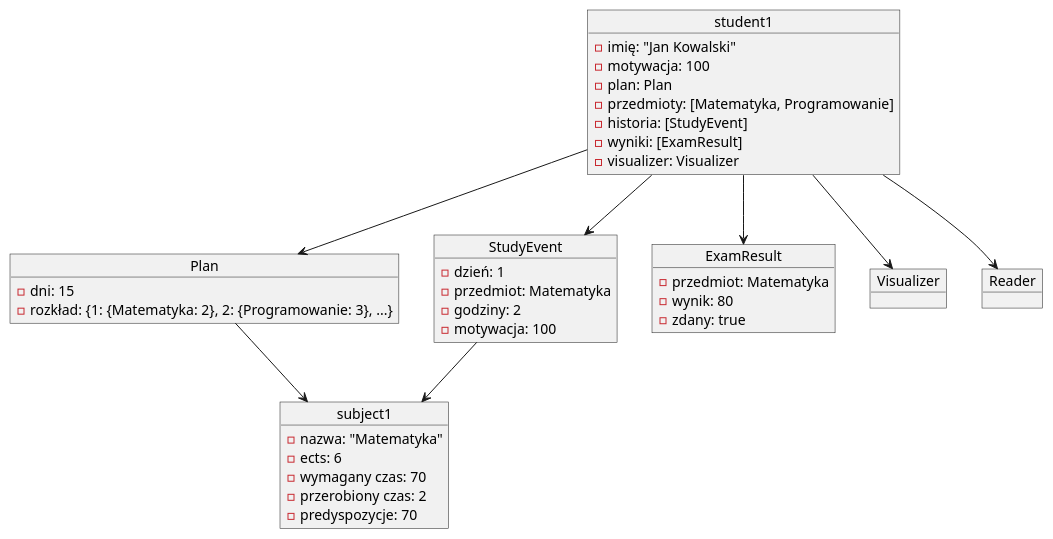
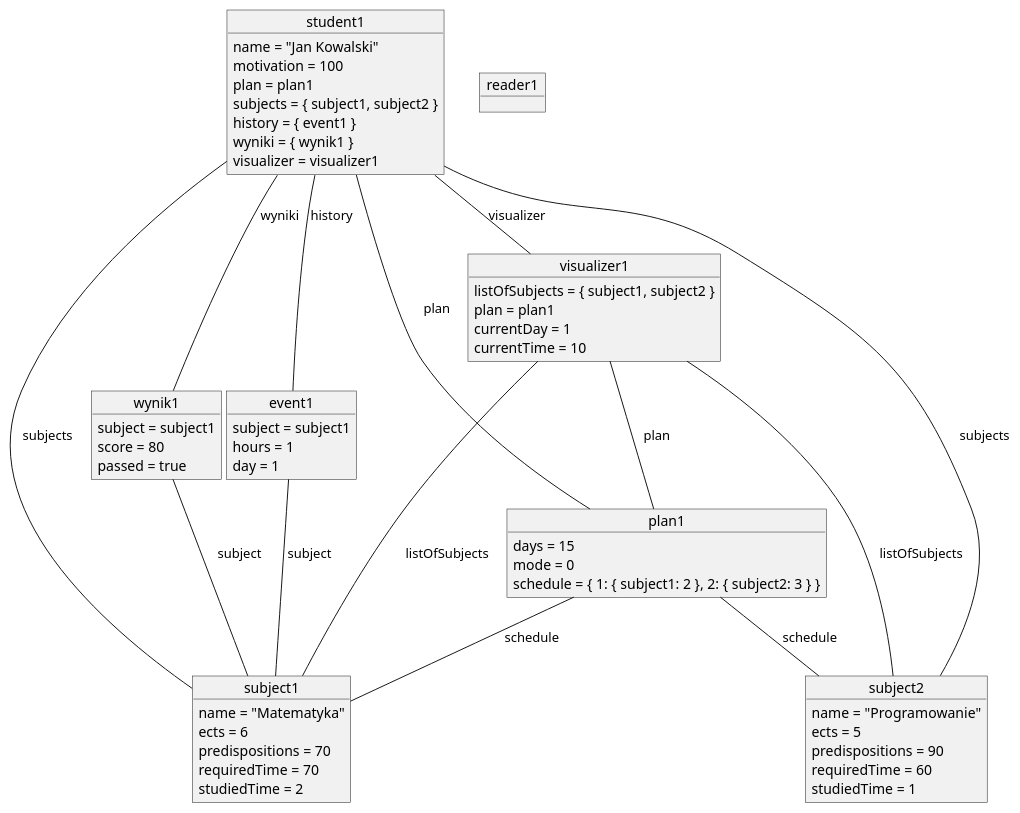
One commit to Krzyzak321/Symulator_Sesji changed the diagram in uml/Diagram obiektów.puml. Above: the diagram before and after it, drawn with PlantUML. The commit also changed 12 other files, not shown here.

Commit message:
zmieniony uml usunięte nie używane rzeczy

```diff
--- a/uml/Diagram obiektów.puml
+++ b/uml/Diagram obiektów.puml
@@ -1,54 +1,73 @@
 @startuml
 
+' Student z rzeczywistymi polami
 object student1 {
-  - imię: "Jan Kowalski"
-  - motywacja: 100
-  - plan: Plan
-  - przedmioty: [Matematyka, Programowanie]
-  - historia: [StudyEvent]
-  - wyniki: [ExamResult]
-  - visualizer: Visualizer
+  name = "Jan Kowalski"
+  motivation = 100
+  plan = plan1
+  subjects = { subject1, subject2 }
+  history = { event1 }
+  wyniki = { wynik1 }
+  visualizer = visualizer1
+}
+
+object plan1 {
+  days = 15
+  mode = 0
+  schedule = { 1: { subject1: 2 }, 2: { subject2: 3 } }
 }
 
 object subject1 {
-  - nazwa: "Matematyka"
-  - ects: 6
-  - wymagany czas: 70
-  - przerobiony czas: 2
-  - predyspozycje: 70
+  name = "Matematyka"
+  ects = 6
+  predispositions = 70
+  requiredTime = 70
+  studiedTime = 2
 }
 
-object Plan{
-  - dni: 15
-  - rozkład: {1: {Matematyka: 2}, 2: {Programowanie: 3}, ...}
+object subject2 {
+  name = "Programowanie"
+  ects = 5
+  predispositions = 90
+  requiredTime = 60
+  studiedTime = 1
 }
 
-object StudyEvent {
-  - dzień: 1
-  - przedmiot: Matematyka
-  - godziny: 2
-  - motywacja: 100
+object event1 {
+  subject = subject1
+  hours = 1
+  day = 1
 }
 
-object ExamResult {
-  - przedmiot: Matematyka
-  - wynik: 80
-  - zdany: true
+object wynik1 {
+  subject = subject1
+  score = 80
+  passed = true
 }
 
-object Visualizer {
+object visualizer1 {
+  listOfSubjects = { subject1, subject2 }
+  plan = plan1
+  currentDay = 1
+  currentTime = 10
+}
 
- }
-object Reader {
+' Reader dopełniający - np. jako referencja
+object reader1
 
- }
-
-student1 --> Plan
-Plan --> subject1
-StudyEvent --> subject1
-student1 --> StudyEvent
-student1 --> ExamResult
-student1 --> Visualizer
-student1 --> Reader
+' Relacje
+student1 -- plan1 : plan
+student1 -- subject1 : subjects
+student1 -- subject2 : subjects
+student1 -- event1 : history
+student1 -- wynik1 : wyniki
+student1 -- visualizer1 : visualizer
+plan1 -- subject1 : schedule
+plan1 -- subject2 : schedule
+event1 -- subject1 : subject
+wynik1 -- subject1 : subject
+visualizer1 -- plan1 : plan
+visualizer1 -- subject1 : listOfSubjects
+visualizer1 -- subject2 : listOfSubjects
 
 @enduml
```
